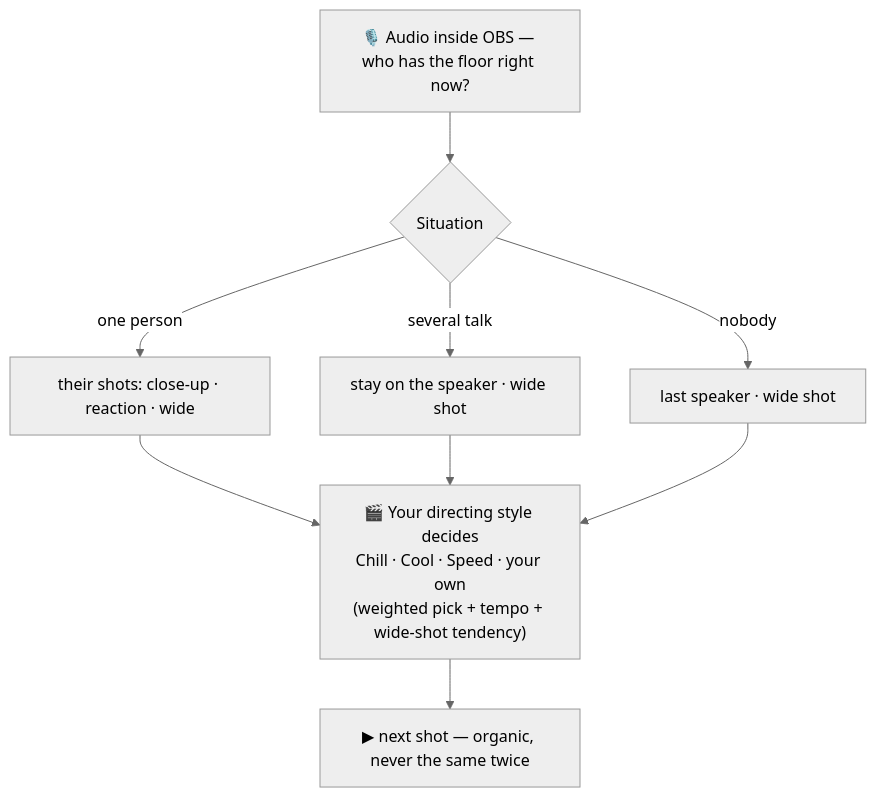
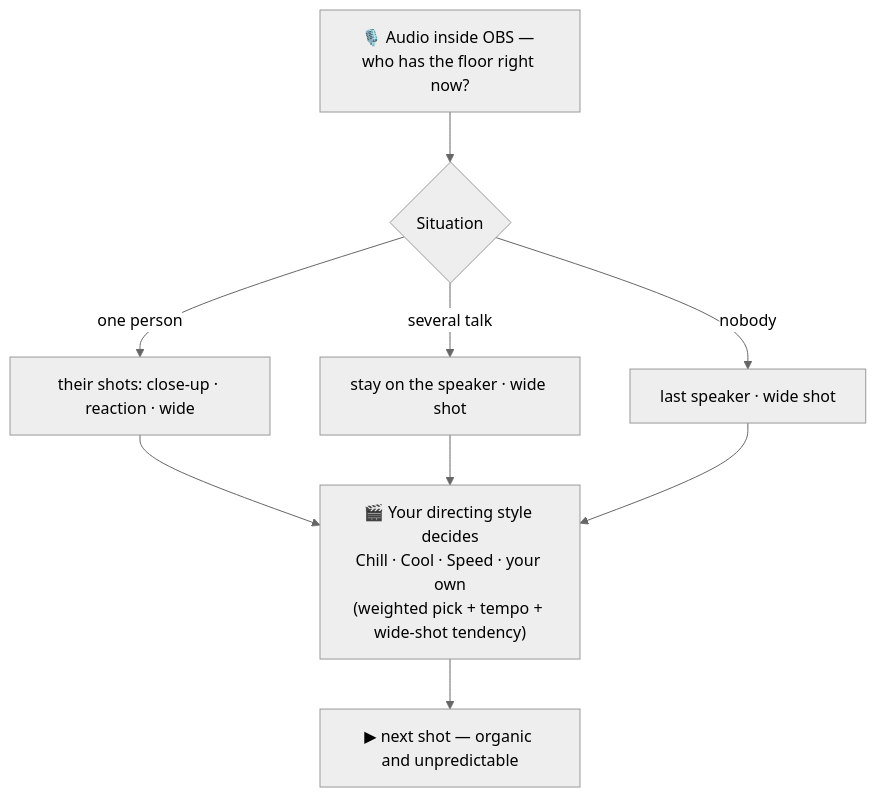
The diagram in README.md (DavidClaudeAI/Flowspire), drawn with Mermaid (neutral theme) before and after one commit. The commit also changed 1 other file, not shown here.

Commit message:
doc readme : corrige la case finale du schema de rythme
CONTEXTE : la case finale du diagramme Mermaid (« Organique, jamais
mecanique ») affirmait « jamais deux fois pareil / never the same twice ».
C'est faux : le tirage est PONDERE — le plan large est largement favorise
en contextes B/C (poids 94 vs 10), donc le meme plan peut revenir
plusieurs fois de suite. La variete est probabiliste, pas garantie.

FICHIERS CLES : README.md, README.fr.md (case N du flowchart).
- « organique et imprevisible » / « organic and unpredictable »

ZONES A RISQUE : aucune (doc pure, aucun code touche).
REF : suite PR #36 (README vitrine 0.6.0).

````diff
--- a/README.md
+++ b/README.md
@@ -89,9 +89,9 @@
 ```mermaid
 flowchart TD
     A["🎙️ Audio inside OBS — who has the floor right now?"] --> Q{"Situation"}
     Q -->|one person| O1["their shots: close-up · reaction · wide"]
     Q -->|several talk| O2["stay on the speaker · wide shot"]
     Q -->|nobody| O3["last speaker · wide shot"]
     O1 & O2 & O3 --> S["🎬 Your directing style decides<br/>Chill · Cool · Speed · your own<br/>(weighted pick + tempo + wide-shot tendency)"]
-    S --> N["▶ next shot — organic, never the same twice"]
+    S --> N["▶ next shot — organic and unpredictable"]
 ```
````
